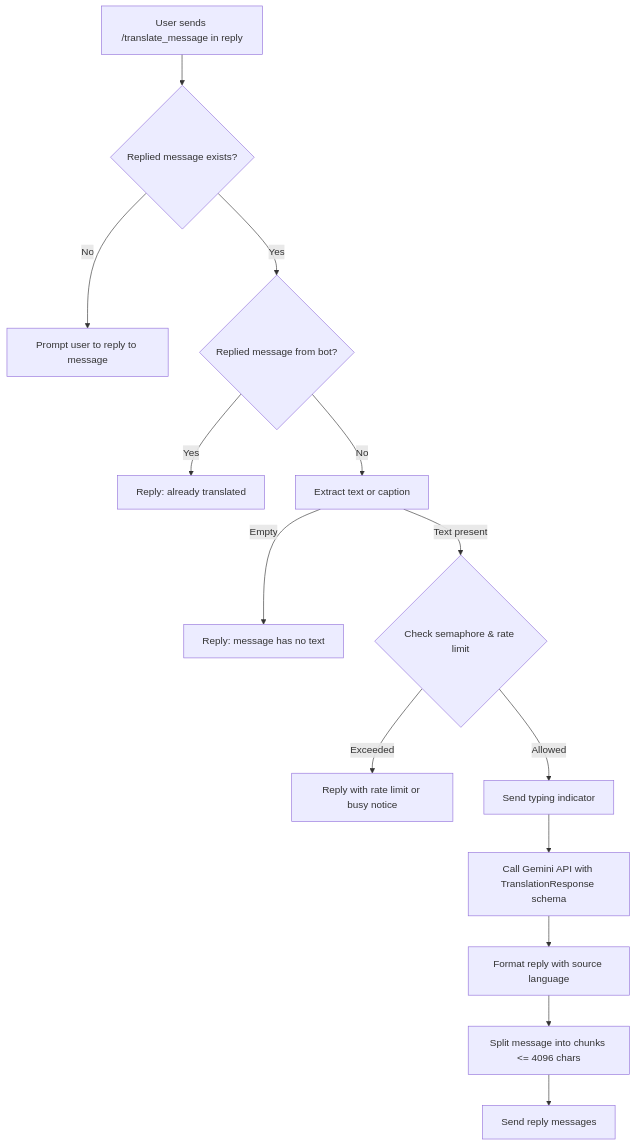
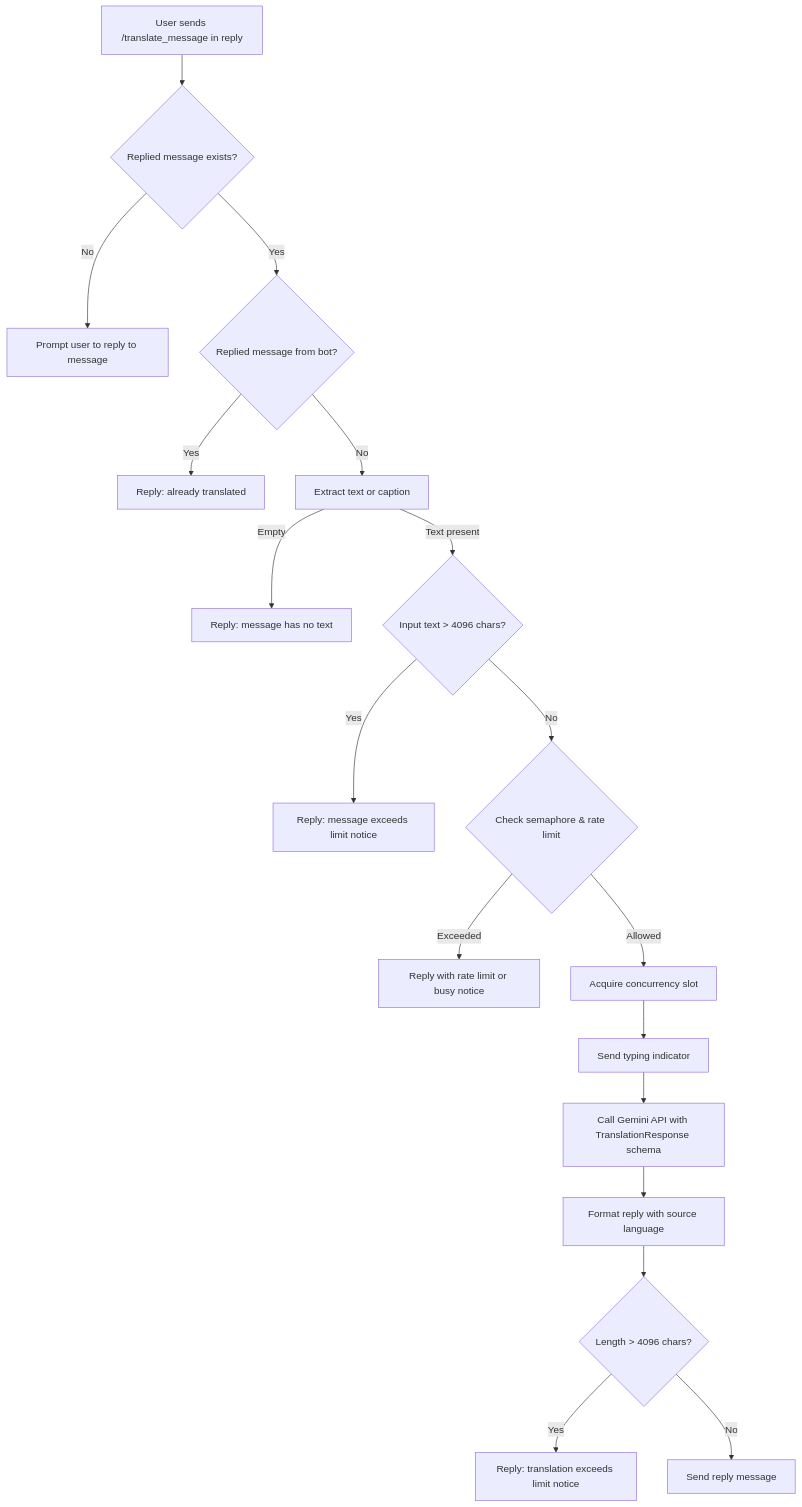
Before and after one commit to gotenksIN/telegram-translator: the second of 2 diagrams in CONTEXT.md, drawn with Mermaid. The commit also changed other lines of this file and 3 other files, not shown here.

First line of the commit message:
docs: Document message length rejection and Gemini native SDK options

````diff
--- a/CONTEXT.md
+++ b/CONTEXT.md
@@ -56,16 +57,20 @@
 ```mermaid
 flowchart TD
     A[User sends /translate_message in reply] --> B{Replied message exists?}
     B -->|No| C[Prompt user to reply to message]
     B -->|Yes| D{Replied message from bot?}
     D -->|Yes| E[Reply: already translated]
     D -->|No| F[Extract text or caption]
     F -->|Empty| G[Reply: message has no text]
-    F -->|Text present| H{Check semaphore & rate limit}
-    H -->|Exceeded| I[Reply with rate limit or busy notice]
-    H -->|Allowed| J[Send typing indicator]
-    J --> K[Call Gemini API with TranslationResponse schema]
-    K --> L[Format reply with source language]
-    L --> M[Split message into chunks <= 4096 chars]
-    M --> N[Send reply messages]
+    F -->|Text present| H{Input text > 4096 chars?}
+    H -->|Yes| I[Reply: message exceeds limit notice]
+    H -->|No| J{Check semaphore & rate limit}
+    J -->|Exceeded| K[Reply with rate limit or busy notice]
+    J -->|Allowed| L[Acquire concurrency slot]
+    L --> M[Send typing indicator]
+    M --> N[Call Gemini API with TranslationResponse schema]
+    N --> O[Format reply with source language]
+    O --> P{Length > 4096 chars?}
+    P -->|Yes| Q[Reply: translation exceeds limit notice]
+    P -->|No| R[Send reply message]
 ```
````
